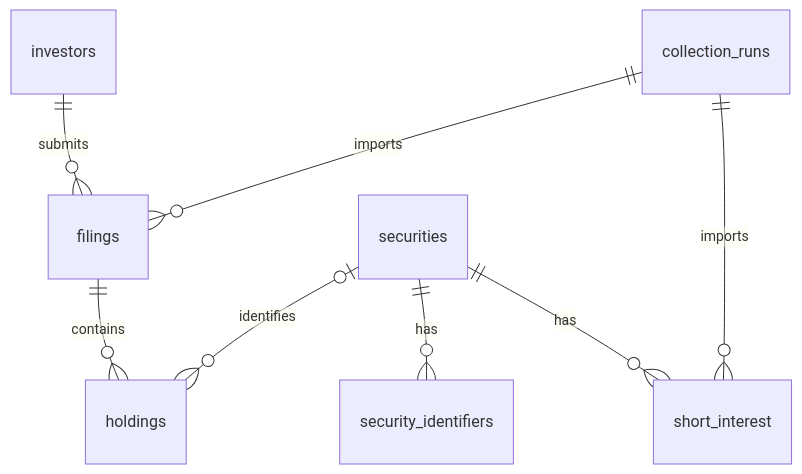
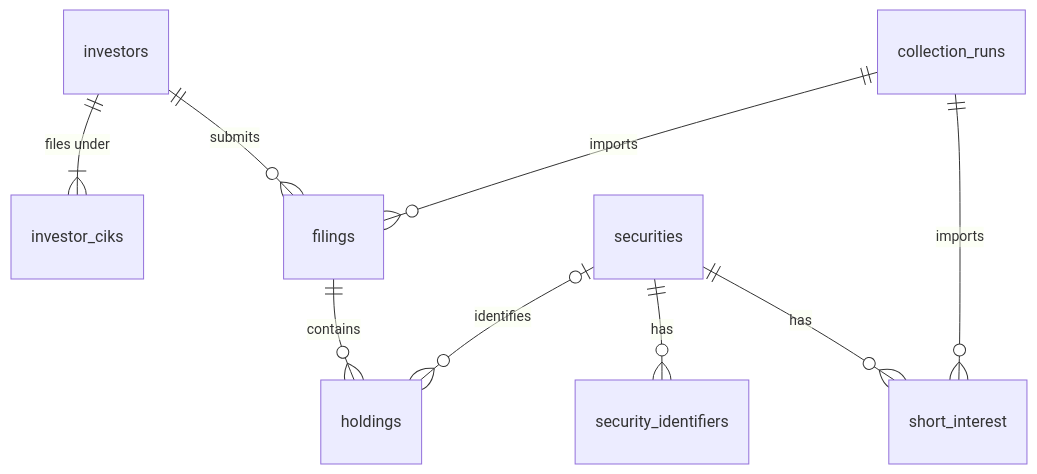
The diagram in supabase/README.md (Bazian-io/stock-positioning-tracker), drawn with Mermaid before and after one commit. The commit also changed other lines of this file and 10 other files, not shown here.

````diff
--- a/supabase/README.md
+++ b/supabase/README.md
@@ -19,10 +20,11 @@
 ```mermaid
 erDiagram
+    investors ||--|{ investor_ciks : "files under"
     investors ||--o{ filings : submits
     filings ||--o{ holdings : contains
     securities |o--o{ holdings : identifies
     securities ||--o{ security_identifiers : has
     securities ||--o{ short_interest : has
     collection_runs ||--o{ filings : imports
     collection_runs ||--o{ short_interest : imports
 ```
````
